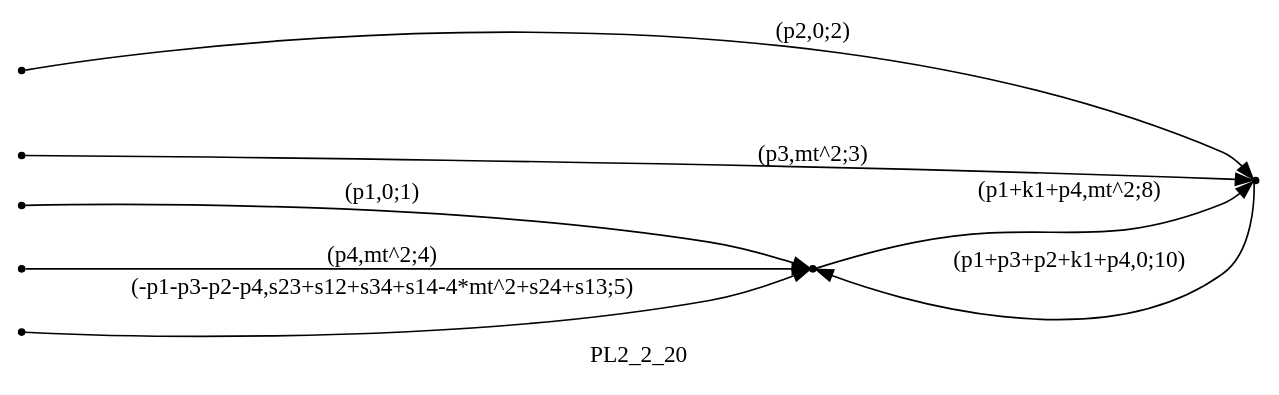
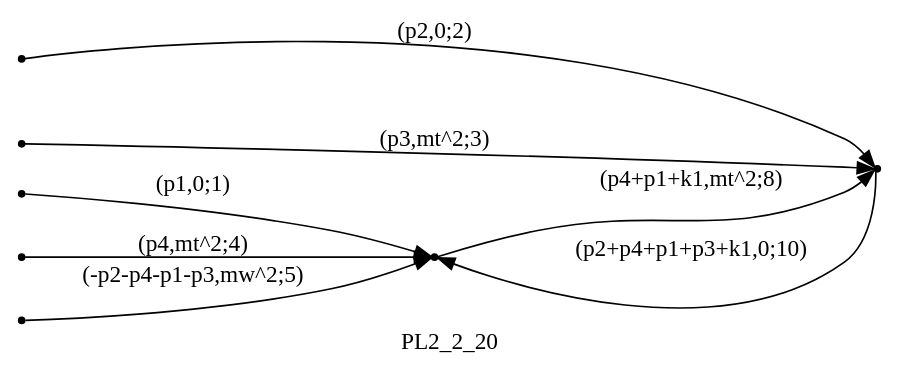
The diagram in 1loopAmplitude/Reduze/graphs/PL2/all/PL2_2_20.dot (UsHnBaGp/Wtt), drawn with Graphviz before and after one commit. The commit also changed 163 other files, not shown here.

```diff
--- a/1loopAmplitude/Reduze/graphs/PL2/all/PL2_2_20.dot
+++ b/1loopAmplitude/Reduze/graphs/PL2/all/PL2_2_20.dot
@@ -1,21 +1,21 @@
 digraph PL2_2_20 {
   label="PL2_2_20";
   rankdir="LR";
   subgraph edges {
     -1 -> 3 [label="(p1,0;1)"];
     -2 -> 1 [label="(p2,0;2)"];
     -3 -> 1 [label="(p3,mt^2;3)"];
     -4 -> 3 [label="(p4,mt^2;4)"];
-    -5 -> 3 [label="(-p1-p3-p2-p4,s23+s12+s34+s14-4*mt^2+s24+s13;5)"];
-    3 -> 1 [label="(p1+k1+p4,mt^2;8)"];
-    1 -> 3 [label="(p1+p3+p2+k1+p4,0;10)"];
+    -5 -> 3 [label="(-p2-p4-p1-p3,mw^2;5)"];
+    3 -> 1 [label="(p4+p1+k1,mt^2;8)"];
+    1 -> 3 [label="(p2+p4+p1+p3+k1,0;10)"];
   }
   subgraph incoming { rank="source"; -1; -2; -3; -4; -5; }
 -5 [shape=point];
 -4 [shape=point];
 -3 [shape=point];
 -2 [shape=point];
 -1 [shape=point];
 1 [shape=point];
 3 [shape=point];
 }
```
